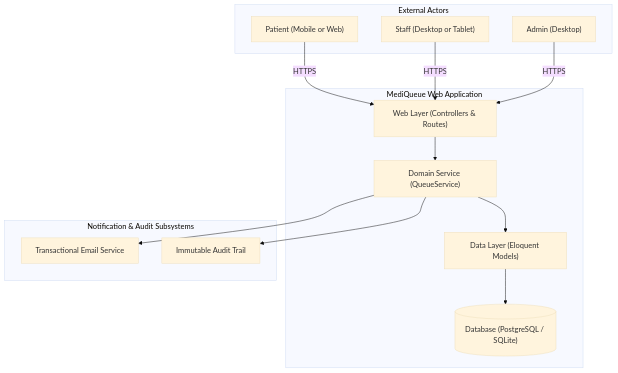
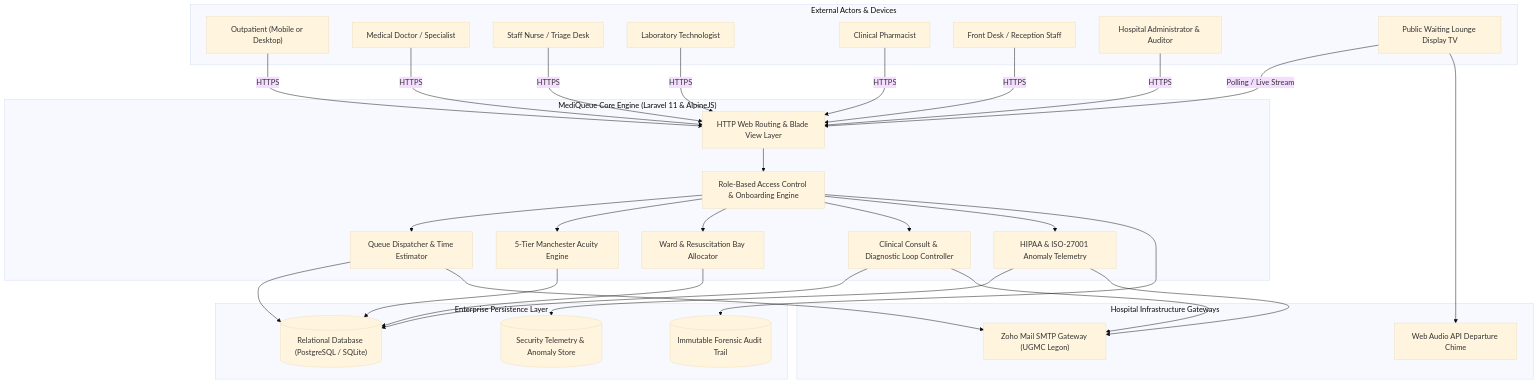
Before and after one commit to mhiskall282/MediQueue: the first of 7 diagrams in docs/system-design.md, drawn with Mermaid (base theme). The commit also changed other lines of this file and 4 other files, not shown here.

Commit message:
docs: update system design diagrams, SRS, in-app docs hub, and capstone examination PDF report with complete clinical architecture, licensing gates, and HIPAA telemetry

````diff
--- a/docs/system-design.md
+++ b/docs/system-design.md
@@ -19,29 +15,62 @@
 ```mermaid
 graph TD
-    subgraph External["External Actors"]
-        P["Patient (Mobile or Web)"]
-        S["Staff (Desktop or Tablet)"]
-        A["Admin (Desktop)"]
+    subgraph External["External Actors & Devices"]
+        PAT["Outpatient (Mobile or Desktop)"]
+        DOC["Medical Doctor / Specialist"]
+        NUR["Staff Nurse / Triage Desk"]
+        LAB["Laboratory Technologist"]
+        PHM["Clinical Pharmacist"]
+        FDK["Front Desk / Reception Staff"]
+        ADM["Hospital Administrator & Auditor"]
+        TV["Public Waiting Lounge Display TV"]
     end
 
-    subgraph CoreApp["MediQueue Web Application"]
-        WEB["Web Layer (Controllers & Routes)"]
-        BIZ["Domain Service (QueueService)"]
-        DATA["Data Layer (Eloquent Models)"]
-        DB[("Database (PostgreSQL / SQLite)")]
+    subgraph CoreApp["MediQueue Core Engine (Laravel 11 & AlpineJS)"]
+        WEB["HTTP Web Routing & Blade View Layer"]
+        AUTH["Role-Based Access Control & Onboarding Engine"]
+        TRIAGE["5-Tier Manchester Acuity Engine"]
+        BEDS["Ward & Resuscitation Bay Allocator"]
+        CLINICAL["Clinical Consult & Diagnostic Loop Controller"]
+        SECURITY["HIPAA & ISO-27001 Anomaly Telemetry"]
+        QUEUE["Queue Dispatcher & Time Estimator"]
     end
 
-    subgraph Notifications["Notification & Audit Subsystems"]
-        MAIL["Transactional Email Service"]
-        AUDIT["Immutable Audit Trail"]
+    subgraph DataStore["Enterprise Persistence Layer"]
+        DB[("Relational Database (PostgreSQL / SQLite)")]
+        AUDIT[("Immutable Forensic Audit Trail")]
+        SECLOG[("Security Telemetry & Anomaly Store")]
     end
 
-    P -->|HTTPS| WEB
-    S -->|HTTPS| WEB
-    A -->|HTTPS| WEB
-    WEB --> BIZ
-    BIZ --> DATA
-    DATA --> DB
-    BIZ --> MAIL
-    BIZ --> AUDIT
+    subgraph ExternalGateways["Hospital Infrastructure Gateways"]
+        SMTP["Zoho Mail SMTP Gateway (UGMC Legon)"]
+        AUDIO["Web Audio API Departure Chime"]
+    end
+
+    PAT -->|HTTPS| WEB
+    DOC -->|HTTPS| WEB
+    NUR -->|HTTPS| WEB
+    LAB -->|HTTPS| WEB
+    PHM -->|HTTPS| WEB
+    FDK -->|HTTPS| WEB
+    ADM -->|HTTPS| WEB
+    TV -->|Polling / Live Stream| WEB
+
+    WEB --> AUTH
+    AUTH --> QUEUE
+    AUTH --> TRIAGE
+    AUTH --> BEDS
+    AUTH --> CLINICAL
+    AUTH --> SECURITY
+
+    QUEUE --> DB
+    TRIAGE --> DB
+    BEDS --> DB
+    CLINICAL --> DB
+    SECURITY --> SECLOG
+    AUTH --> AUDIT
+
+    CLINICAL --> SMTP
+    QUEUE --> SMTP
+    SECURITY --> SMTP
+    TV --> AUDIO
 ```
````
